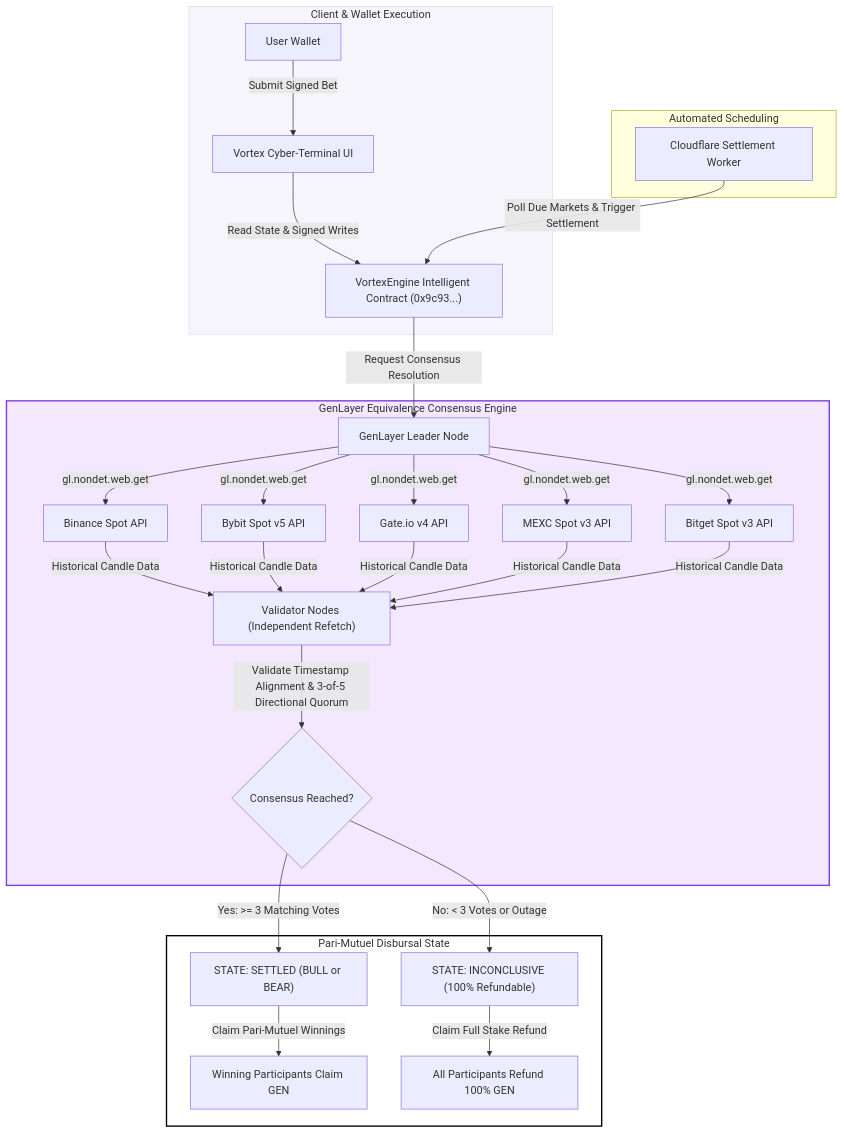
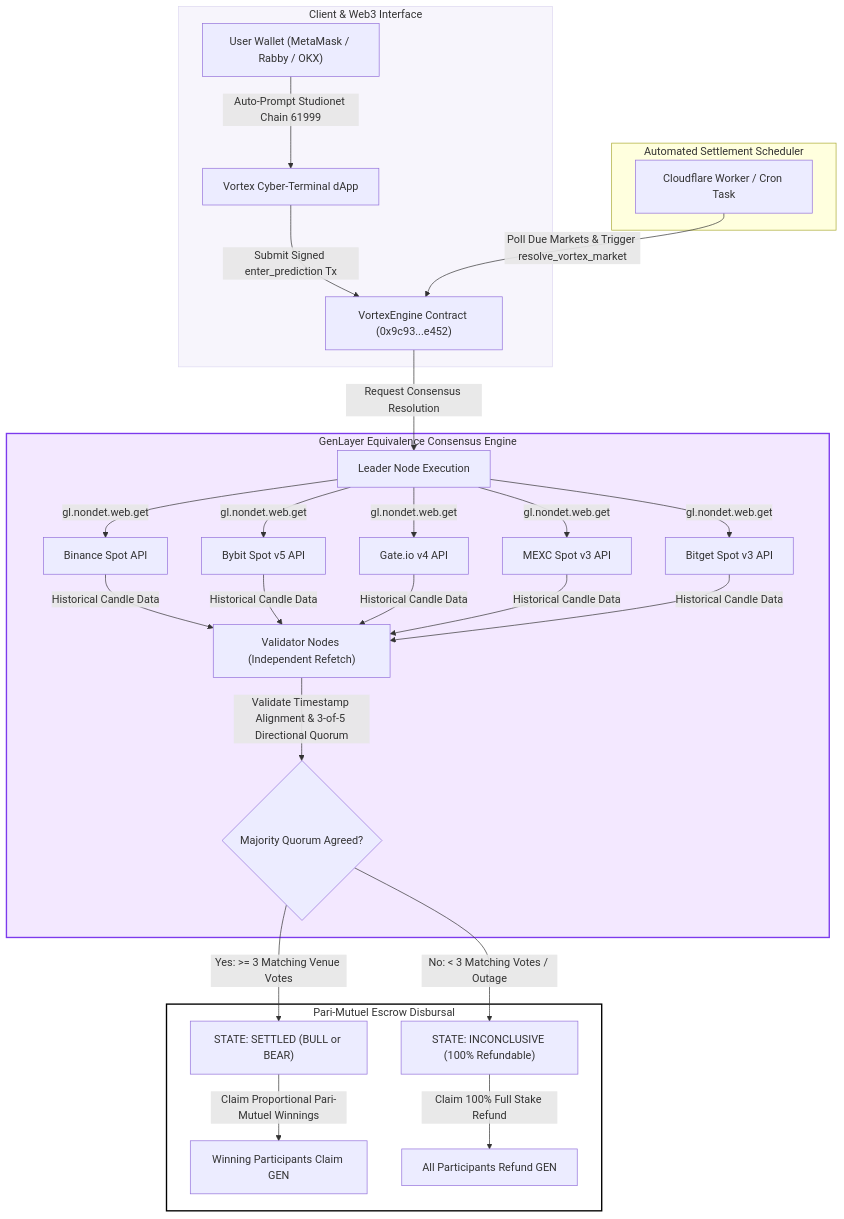
One commit to k-beee/vortex-protocol changed the diagram in README.md. Above: the diagram before and after it, drawn with Mermaid. The commit also changed other lines of this file, not shown here.

Commit message:
docs(readme): expand documentation with detailed architecture, contract specs, and mathematical formulations

````diff
--- a/README.md
+++ b/README.md
@@ -27,36 +52,36 @@
 ```mermaid
 flowchart TD
-    subgraph Client_Layer ["Client & Wallet Execution"]
-        U1["User Wallet"] -->|Submit Signed Bet| F["Vortex Cyber-Terminal UI"]
-        F -->|Read State & Signed Writes| C1["VortexEngine Intelligent Contract (0x9c93...)"]
+    subgraph Client_Layer ["Client & Web3 Interface"]
+        U1["User Wallet (MetaMask / Rabby / OKX)"] -->|Auto-Prompt Studionet Chain 61999| F["Vortex Cyber-Terminal dApp"]
+        F -->|Submit Signed enter_prediction Tx| C1["VortexEngine Contract (0x9c93...e452)"]
     end
 
-    subgraph Automation_Layer ["Automated Scheduling"]
-        W["Cloudflare Settlement Worker"] -->|Poll Due Markets & Trigger Settlement| C1
+    subgraph Automation_Layer ["Automated Settlement Scheduler"]
+        W["Cloudflare Worker / Cron Task"] -->|Poll Due Markets & Trigger resolve_vortex_market| C1
     end
 
     subgraph Consensus_Layer ["GenLayer Equivalence Consensus Engine"]
-        C1 -->|Request Consensus Resolution| G1["GenLayer Leader Node"]
+        C1 -->|Request Consensus Resolution| G1["Leader Node Execution"]
         G1 -->|gl.nondet.web.get| E1["Binance Spot API"]
         G1 -->|gl.nondet.web.get| E2["Bybit Spot v5 API"]
         G1 -->|gl.nondet.web.get| E3["Gate.io v4 API"]
         G1 -->|gl.nondet.web.get| E4["MEXC Spot v3 API"]
         G1 -->|gl.nondet.web.get| E5["Bitget Spot v3 API"]
 
         E1 & E2 & E3 & E4 & E5 -->|Historical Candle Data| V1["Validator Nodes (Independent Refetch)"]
         
-        V1 -->|Validate Timestamp Alignment & 3-of-5 Directional Quorum| Q{"Consensus Reached?"}
+        V1 -->|Validate Timestamp Alignment & 3-of-5 Directional Quorum| Q{"Majority Quorum Agreed?"}
     end
 
-    subgraph Settlement_Layer ["Pari-Mutuel Disbursal State"]
-        Q -->|Yes: >= 3 Matching Votes| S1["STATE: SETTLED (BULL or BEAR)"]
-        Q -->|No: < 3 Votes or Outage| S2["STATE: INCONCLUSIVE (100% Refundable)"]
+    subgraph Settlement_Layer ["Pari-Mutuel Escrow Disbursal"]
+        Q -->|Yes: >= 3 Matching Venue Votes| S1["STATE: SETTLED (BULL or BEAR)"]
+        Q -->|No: < 3 Matching Votes / Outage| S2["STATE: INCONCLUSIVE (100% Refundable)"]
         
-        S1 -->|Claim Pari-Mutuel Winnings| W1["Winning Participants Claim GEN"]
-        S2 -->|Claim Full Stake Refund| W2["All Participants Refund 100% GEN"]
+        S1 -->|Claim Proportional Pari-Mutuel Winnings| W1["Winning Participants Claim GEN"]
+        S2 -->|Claim 100% Full Stake Refund| W2["All Participants Refund GEN"]
     end
 
     style Client_Layer fill:#f7f5fc,stroke:#ddd8f0,stroke-width:1px
     style Consensus_Layer fill:#f3e8ff,stroke:#7c3aed,stroke-width:2px
     style Settlement_Layer fill:#ffffff,stroke:#000000,stroke-width:2px
 ```
````
